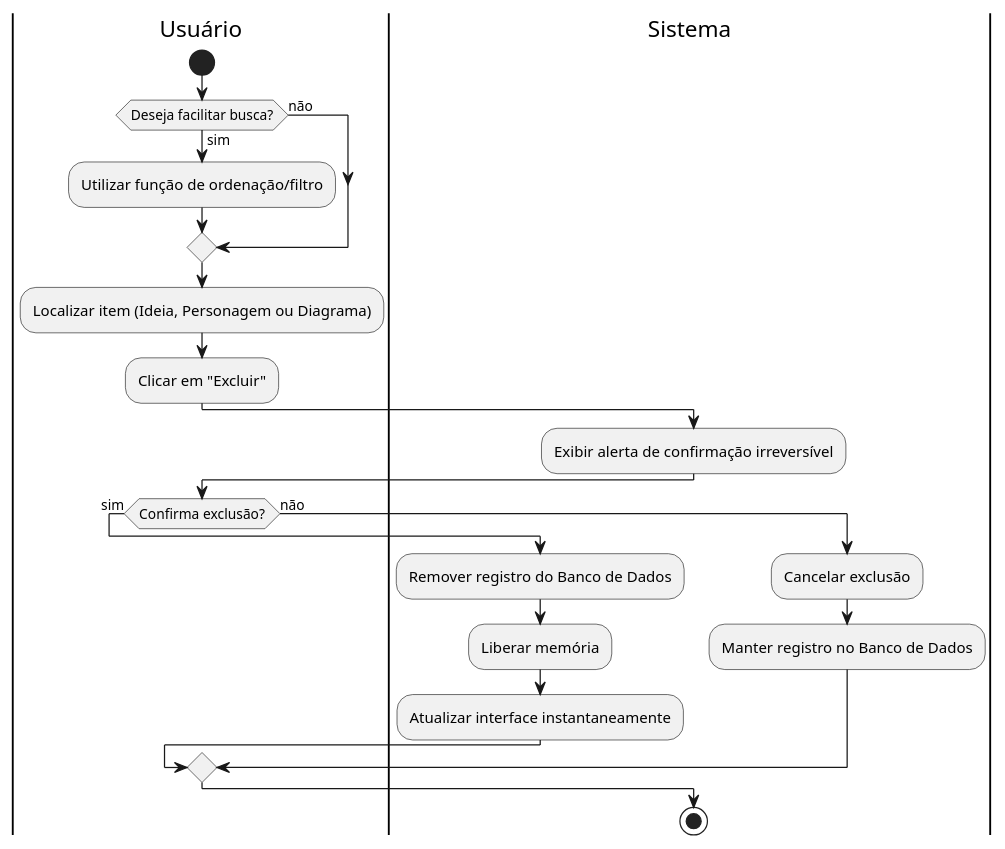
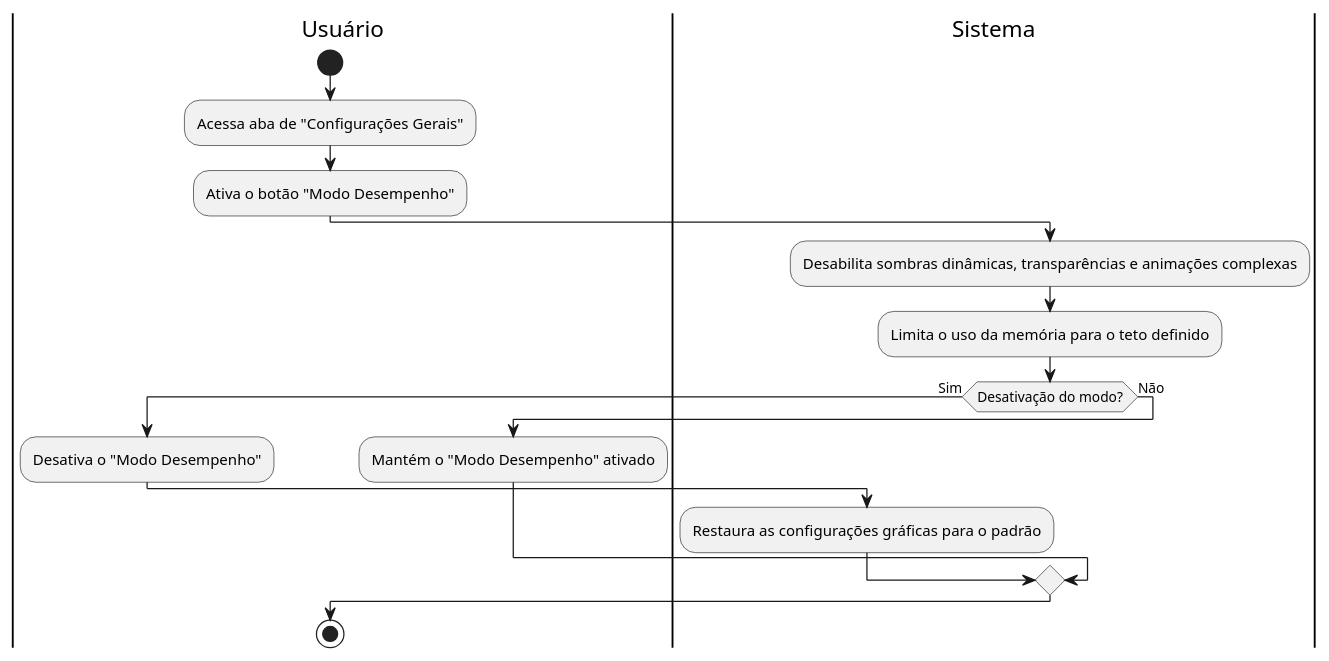
Before and after one commit to aspiringluke/Projeto-Integrado-Mobile: the diagram in docs/casosUso/uml/diagramas_atividade/diagrama_atividade_UC15.puml, drawn with PlantUML. The commit also changed 19 other files, not shown here.

Commit message:
docs: Diagramas de atividade ajustados aos casos de uso atuais

```diff
--- a/docs/casosUso/uml/diagramas_atividade/diagrama_atividade_UC15.puml
+++ b/docs/casosUso/uml/diagramas_atividade/diagrama_atividade_UC15.puml
@@ -1,27 +1,24 @@
 @startuml diagrama_UC15
 
 |Usuário|
 start
+:Acessa aba de "Configurações Gerais";
+:Ativa o botão "Modo Desempenho";
 
-if (Deseja facilitar busca?) then (sim)
-  :Utilizar função de ordenação/filtro;
-else (não)
-endif
-:Localizar item (Ideia, Personagem ou Diagrama);
-:Clicar em "Excluir";
 |Sistema|
-:Exibir alerta de confirmação irreversível;
-|Usuário|
+:Desabilita sombras dinâmicas, transparências e animações complexas;
+:Limita o uso da memória para o teto definido;
 
-if (Confirma exclusão?) then (sim)
+if (Desativação do modo?) then (Sim)
+  |Usuário|
+  :Desativa o "Modo Desempenho";
+  
   |Sistema|
-  :Remover registro do Banco de Dados;
-  :Liberar memória;
-  :Atualizar interface instantaneamente;
-else (não)
-  :Cancelar exclusão;
-  :Manter registro no Banco de Dados;
+  :Restaura as configurações gráficas para o padrão;
+else (Não)
+    |Usuário|
+    :Mantém o "Modo Desempenho" ativado;
 endif
 
 stop
 @enduml
```
